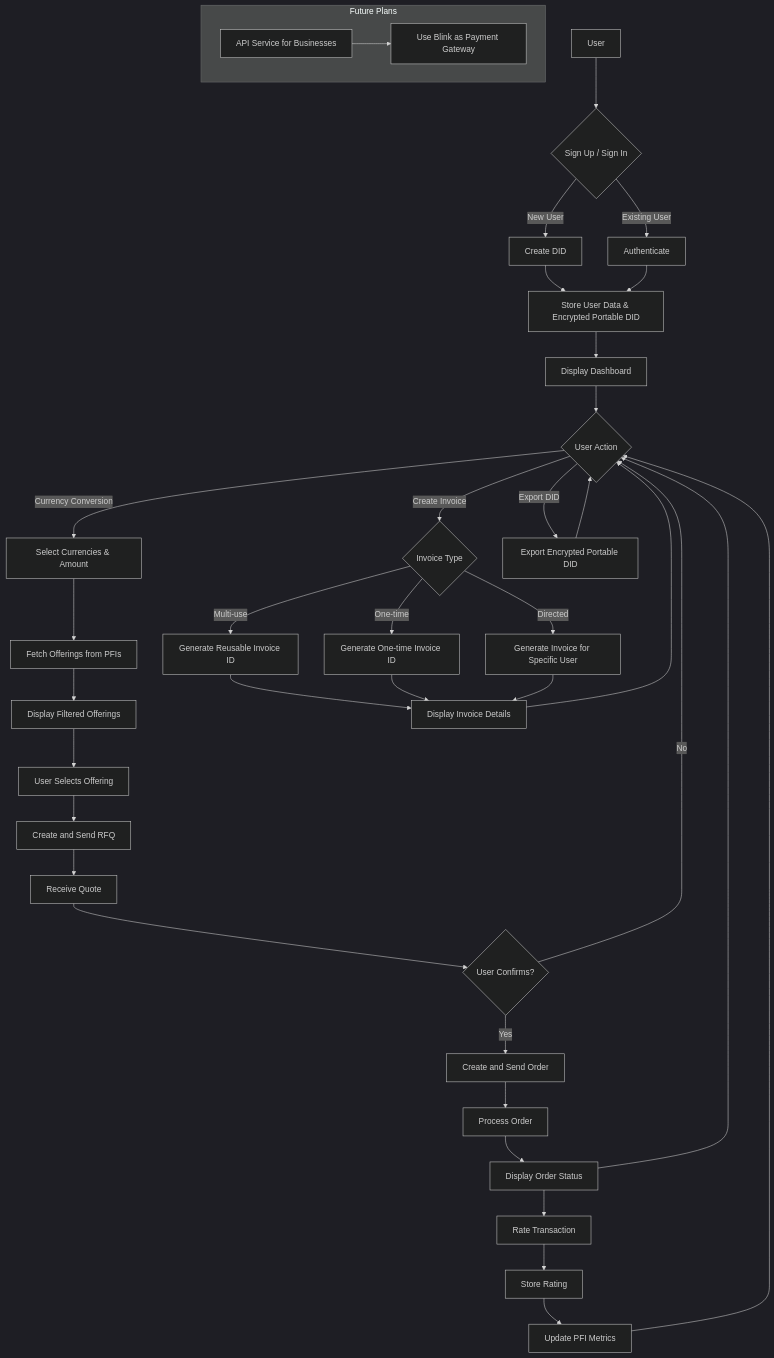
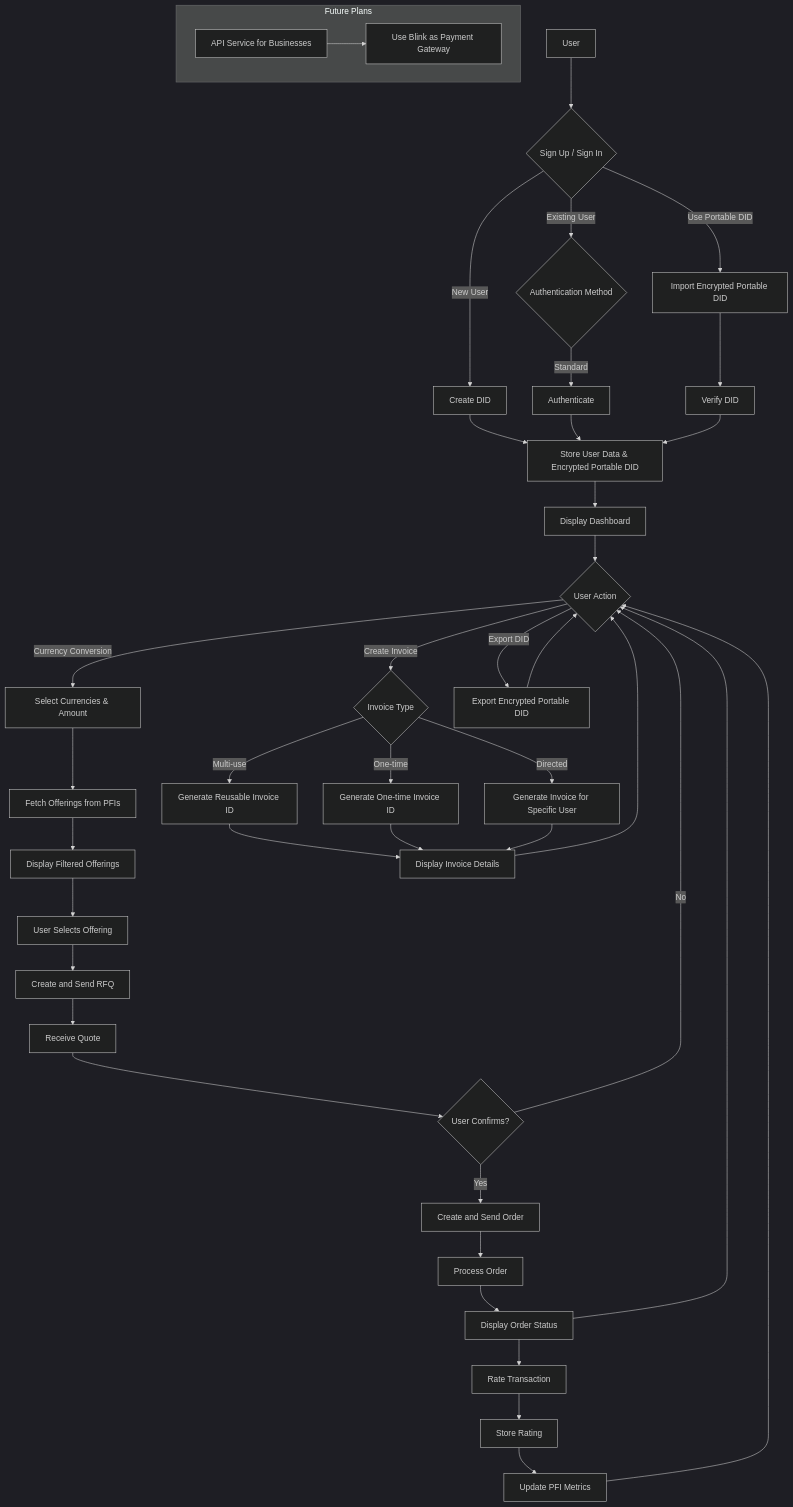
One commit to kufre19/blink changed the diagram in README.md. Above: the diagram before and after it, drawn with Mermaid (dark theme). The commit also changed other lines of this file and 1 other file, not shown here.

````diff
--- a/README.md
+++ b/README.md
@@ -16,48 +19,54 @@
 ```mermaid
 flowchart TD
     A[User] --> B{Sign Up / Sign In}
     B -->|New User| C[Create DID]
-    B -->|Existing User| D[Authenticate]
-    C --> E[Store User Data & Encrypted Portable DID]
-    D --> E
-    E --> F[Display Dashboard]
+    B -->|Existing User| D{Authentication Method}
+    B -->|Use Portable DID| E[Import Encrypted Portable DID]
+    
+    C --> F[Store User Data & Encrypted Portable DID]
+    D -->|Standard| G[Authenticate]
+    E --> H[Verify DID]
+    
+    G --> F
+    H --> F
+    F --> I[Display Dashboard]
 
-    F --> G{User Action}
-    G -->|Currency Conversion| H[Select Currencies & Amount]
-    G -->|Create Invoice| R{Invoice Type}
-    G -->|Export DID| X[Export Encrypted Portable DID]
+    I --> J{User Action}
+    J -->|Currency Conversion| K[Select Currencies & Amount]
+    J -->|Create Invoice| S{Invoice Type}
+    J -->|Export DID| Y[Export Encrypted Portable DID]
 
-    H --> I[Fetch Offerings from PFIs]
-    I --> J[Display Filtered Offerings]
-    J --> K[User Selects Offering]
-    K --> L[Create and Send RFQ]
-    L --> M[Receive Quote]
-    M --> N{User Confirms?}
-    N -->|Yes| O[Create and Send Order]
-    N -->|No| G
-    O --> P[Process Order]
-    P --> Q[Display Order Status]
-    Q --> S[Rate Transaction]
+    K --> L[Fetch Offerings from PFIs]
+    L --> M[Display Filtered Offerings]
+    M --> N[User Selects Offering]
+    N --> O[Create and Send RFQ]
+    O --> P[Receive Quote]
+    P --> Q{User Confirms?}
+    Q -->|Yes| R[Create and Send Order]
+    Q -->|No| J
+    R --> T[Process Order]
+    T --> U[Display Order Status]
+    U --> V[Rate Transaction]
 
-    R -->|Multi-use| T1[Generate Reusable Invoice ID]
-    R -->|One-time| T2[Generate One-time Invoice ID]
-    R -->|Directed| T3[Generate Invoice for Specific User]
-    T1 --> U[Display Invoice Details]
-    T2 --> U
-    T3 --> U
+    S -->|Multi-use| W1[Generate Reusable Invoice ID]
+    S -->|One-time| W2[Generate One-time Invoice ID]
+    S -->|Directed| W3[Generate Invoice for Specific User]
+    W1 --> X[Display Invoice Details]
+    W2 --> X
+    W3 --> X
 
-    S --> V[Store Rating]
-    V --> W[Update PFI Metrics]
+    V --> Z[Store Rating]
+    Z --> AA[Update PFI Metrics]
 
-    Q --> G
-    U --> G
-    W --> G
-    X --> G
+    U --> J
+    X --> J
+    AA --> J
+    Y --> J
 
     subgraph Future Plans
-        Y[API Service for Businesses]
-        Z[Use Blink as Payment Gateway]
+        AB[API Service for Businesses]
+        AC[Use Blink as Payment Gateway]
     end
 
-    Y --> Z
+    AB --> AC
 ```
````
